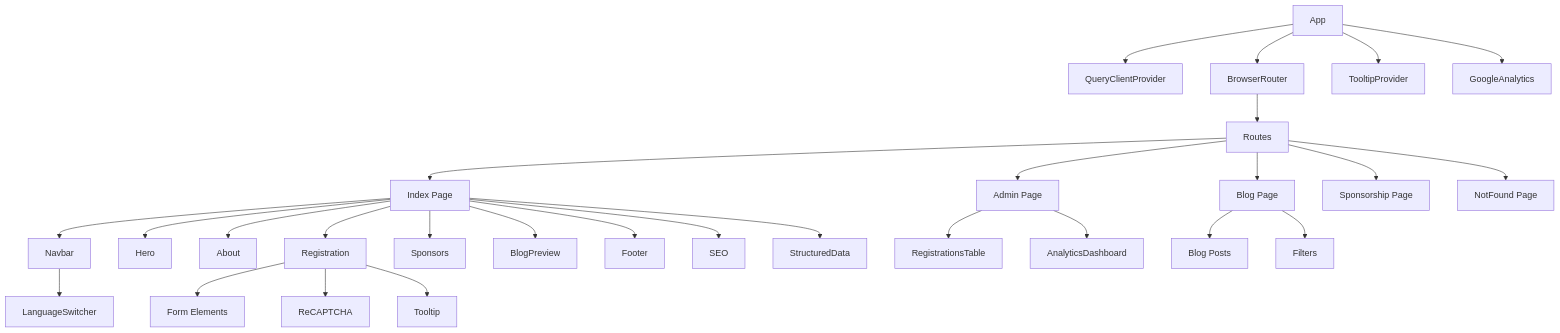
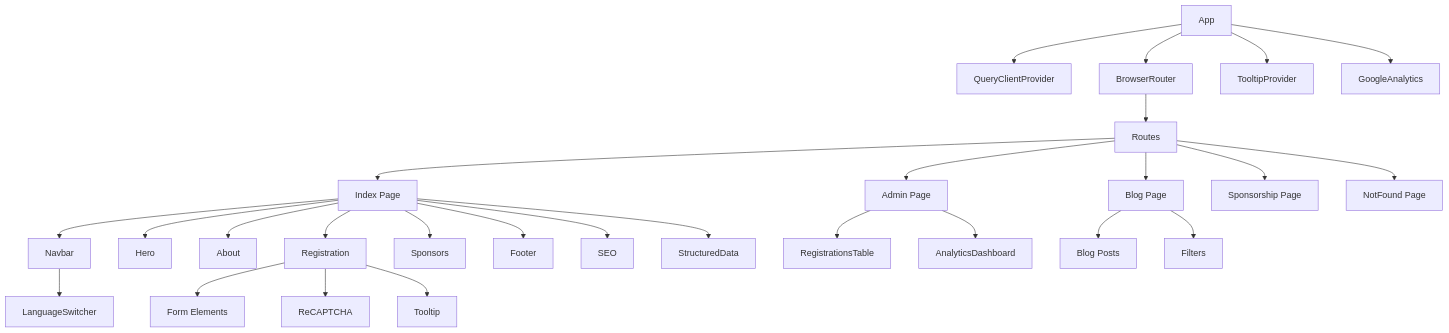
Before and after one commit to katekuehl/jengahacks: diagram 19 of 27 in ARCHITECTURE.md, drawn with Mermaid. The commit also changed other lines of this file, not shown here.

Commit message:
Remove BlogPreview references from architecture documentation

````diff
--- a/ARCHITECTURE.md
+++ b/ARCHITECTURE.md
@@ -1018,39 +1016,38 @@
 ```mermaid
 graph TD
     App[App]
     
     App --> QueryProvider[QueryClientProvider]
     App --> Router[BrowserRouter]
     App --> TooltipProvider[TooltipProvider]
     App --> Analytics[GoogleAnalytics]
     
     Router --> Routes[Routes]
     
     Routes --> Index[Index Page]
     Routes --> Blog[Blog Page]
     Routes --> Admin[Admin Page]
     Routes --> Sponsorship[Sponsorship Page]
     Routes --> NotFound[NotFound Page]
     
     Index --> Navbar[Navbar]
     Index --> Hero[Hero]
     Index --> About[About]
     Index --> Registration[Registration]
     Index --> Sponsors[Sponsors]
-    Index --> BlogPreview[BlogPreview]
     Index --> Footer[Footer]
     Index --> SEO[SEO]
     Index --> StructuredData[StructuredData]
     
     Navbar --> LanguageSwitcher[LanguageSwitcher]
     
     Registration --> Form[Form Elements]
     Registration --> ReCAPTCHA[ReCAPTCHA]
     Registration --> Tooltip[Tooltip]
     
     Admin --> RegistrationsTable[RegistrationsTable]
     Admin --> AnalyticsDashboard[AnalyticsDashboard]
     
     Blog --> BlogPosts[Blog Posts]
     Blog --> Filters[Filters]
 ```
````
